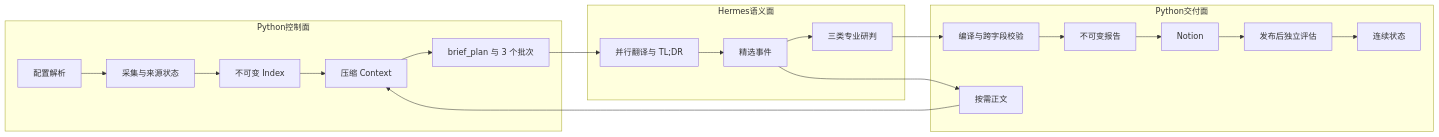
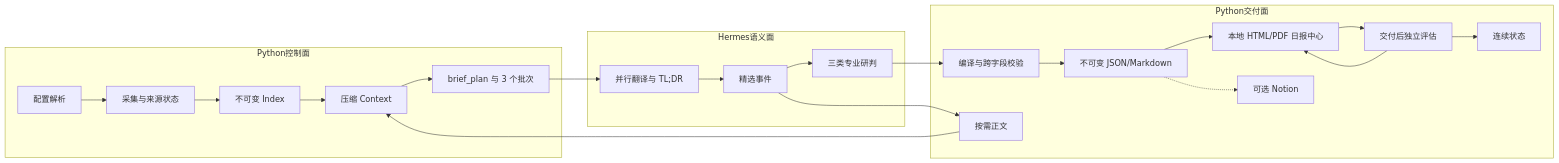
The diagram in wiki/Home.md (Merak-Wang/daily-intelligence-skill), drawn with Mermaid before and after one commit. The commit also changed other lines of this file and 47 other files, not shown here.

````diff
--- a/wiki/Home.md
+++ b/wiki/Home.md
@@ -17,25 +17,27 @@
 ```mermaid
 flowchart LR
     subgraph Python控制面
         C[配置解析] --> A[采集与来源状态]
         A --> I[不可变 Index]
         I --> X[压缩 Context]
         X --> P[brief_plan 与 3 个批次]
     end
 
     subgraph Hermes语义面
         P --> B[并行翻译与 TL;DR]
         B --> S[精选事件]
         S --> J[三类专业研判]
     end
 
     subgraph Python交付面
         S --> E[按需正文]
         E --> X
         J --> K[编译与跨字段校验]
-        K --> R[不可变报告]
-        R --> N[Notion]
-        N --> Q[发布后独立评估]
+        K --> R[不可变 JSON/Markdown]
+        R --> L[本地 HTML/PDF 日报中心]
+        R -.-> N[可选 Notion]
+        L --> Q[交付后独立评估]
         Q --> T[连续状态]
+        Q --> L
     end
 ```
````
